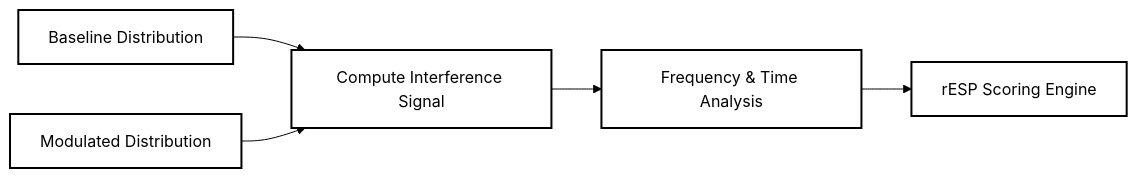
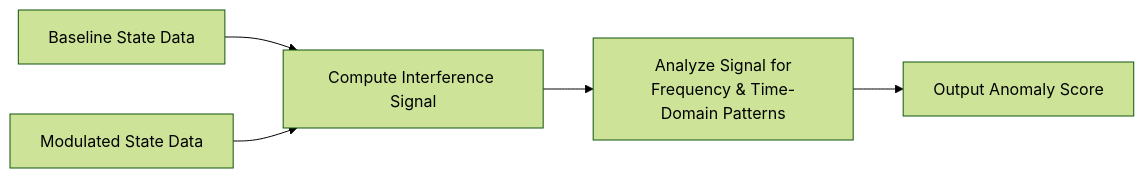
The ninth of 13 diagrams in WSP_knowledge/docs/Papers/Patent_Series/04_rESP_Patent_Updated.md (Foundup/Foundups-Agent), drawn with Mermaid (forest theme) before and after one commit. The commit also changed other lines of this file, not shown here.

First line of the commit message:
Patent: Enhanced rESP Patent with comprehensive technical diagrams

````diff
--- a/WSP_knowledge/docs/Papers/Patent_Series/04_rESP_Patent_Updated.md
+++ b/WSP_knowledge/docs/Papers/Patent_Series/04_rESP_Patent_Updated.md
@@ -170,7 +148,6 @@
 ```mermaid
-graph LR
-    A["Baseline Distribution"] --> C["Compute Interference Signal"]
-    B["Modulated Distribution"] --> C
-    C --> D["Frequency & Time Analysis"] --> E["rESP Scoring Engine"]
-    classDef default fill:#ffffff,stroke:#000000,stroke-width:2px; class A,B,C,D,E default;
+flowchart LR
+    A["Baseline State Data"] --> C["Compute Interference Signal"]
+    B["Modulated State Data"] --> C
+    C --> D["Analyze Signal for<br/>Frequency & Time-Domain Patterns"] --> E["Output Anomaly Score"]
 ```
````
